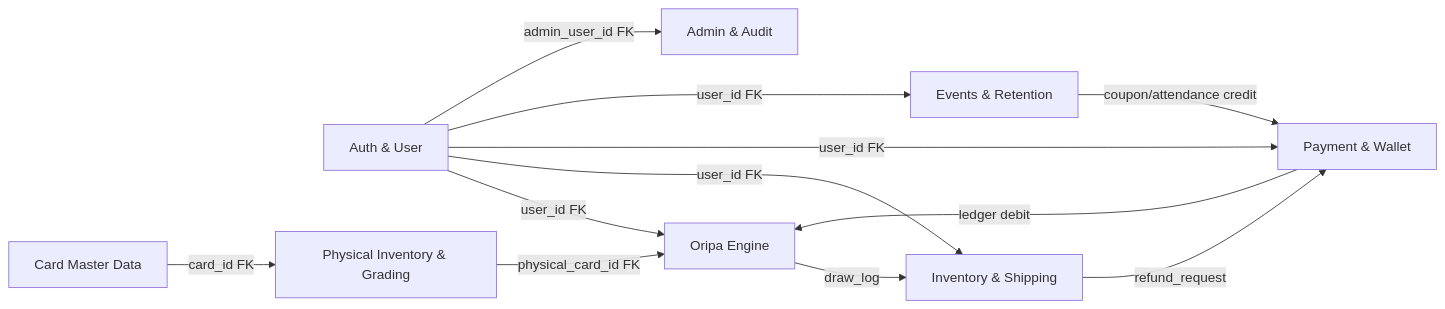
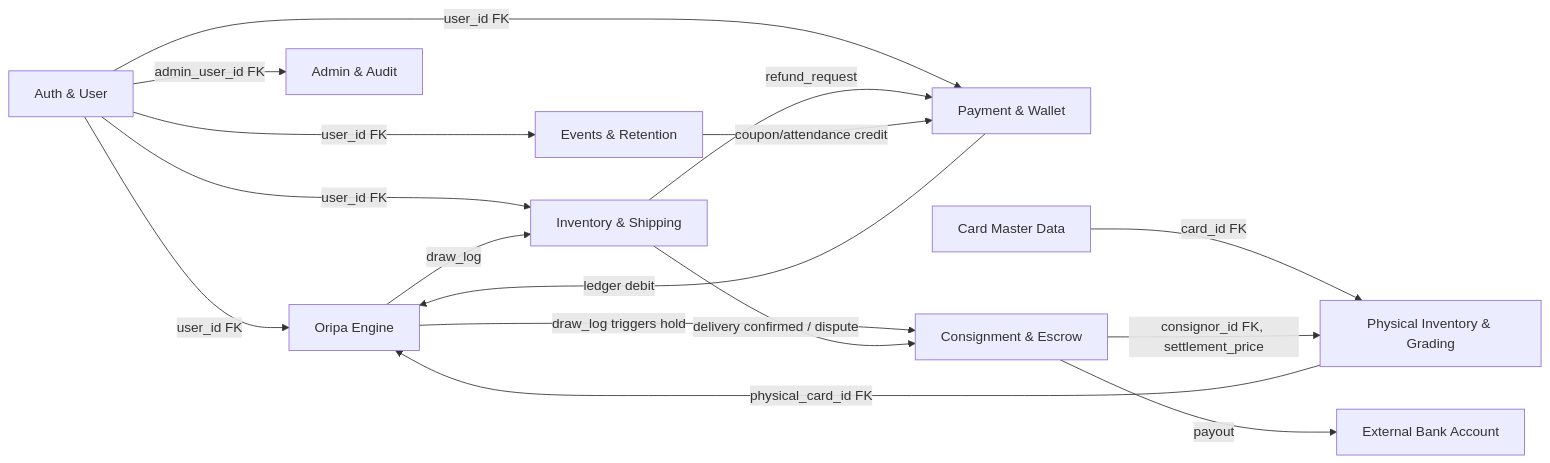
Before and after one commit to WinLakeLee/WinLakeLee: the first of 11 diagrams in docs/ERD.md, drawn with Mermaid. The commit also changed other lines of this file and 1 other file, not shown here.

First line of the commit message:
Add consignment & marketplace escrow domain

````diff
--- a/docs/ERD.md
+++ b/docs/ERD.md
@@ -26,15 +27,20 @@
 ```mermaid
 graph LR
     A[Auth & User] -->|user_id FK| F[Oripa Engine]
     A -->|user_id FK| G[Inventory & Shipping]
     A -->|user_id FK| H[Payment & Wallet]
     A -->|user_id FK| I[Events & Retention]
     A -->|admin_user_id FK| J[Admin & Audit]
 
     B[Card Master Data] -->|card_id FK| C[Physical Inventory & Grading]
     C -->|physical_card_id FK| F
     F -->|draw_log| G
     H -->|ledger debit| F
     G -->|refund_request| H
     I -->|coupon/attendance credit| H
+
+    K[Consignment & Escrow] -->|consignor_id FK, settlement_price| C
+    F -->|draw_log triggers hold| K
+    G -->|delivery confirmed / dispute| K
+    K -->|payout| L[External Bank Account]
 ```
````
